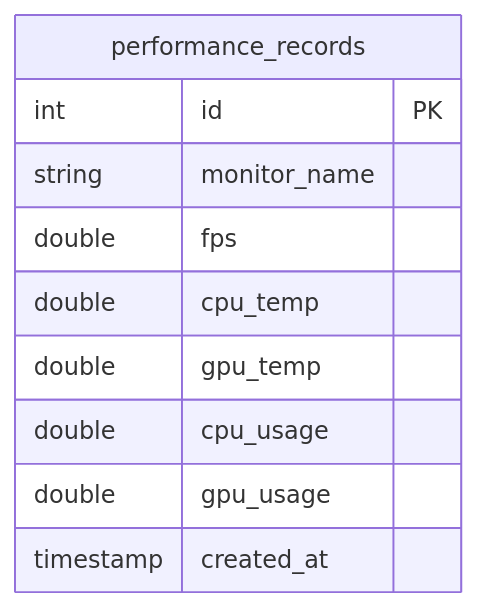
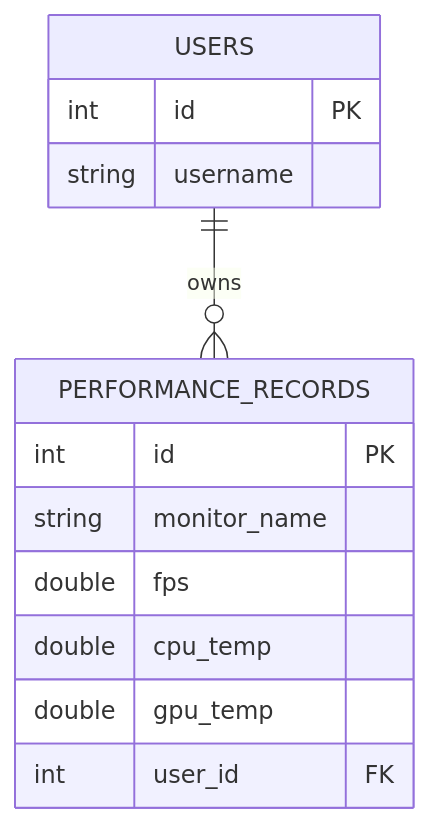
The second of 2 diagrams in README.md (a0981667889/PC_Tracing_System), drawn with Mermaid before and after one commit. The commit also changed other lines of this file, not shown here.

````diff
--- a/README.md
+++ b/README.md
@@ -111,14 +131,16 @@
 ```mermaid
 erDiagram
-    performance_records {
+    USERS ||--o{ PERFORMANCE_RECORDS : "owns"
+    USERS {
+        int id PK
+        string username
+    }
+    PERFORMANCE_RECORDS {
         int id PK
         string monitor_name
         double fps
         double cpu_temp
         double gpu_temp
-        double cpu_usage
-        double gpu_usage
-        timestamp created_at
+        int user_id FK
     }
-    
 ```
````
